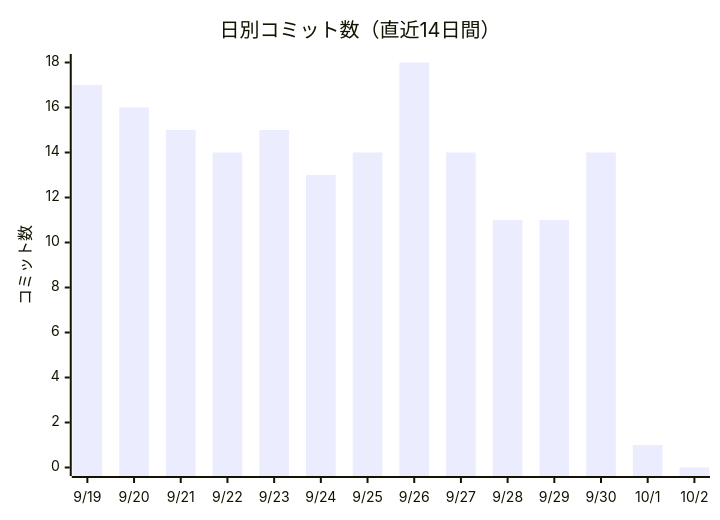
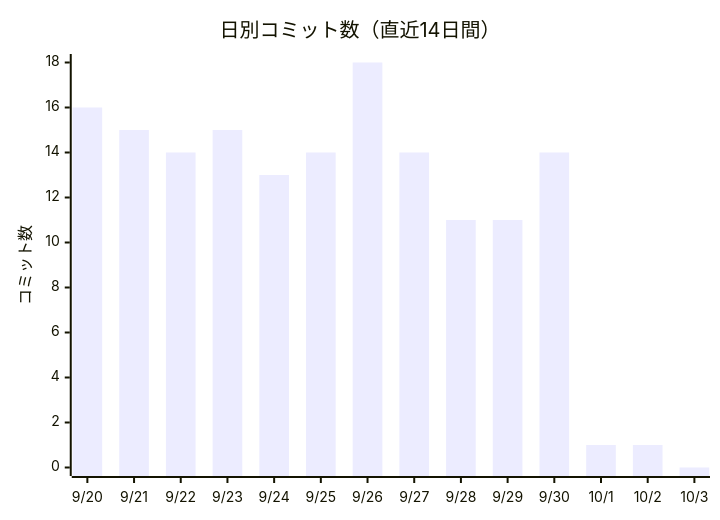
One commit to non-x2/non-x2 changed the first of 2 diagrams in docs/進化レポート.md. Above: the diagram before and after it, drawn with Mermaid. The commit also changed other lines of this file and 2 other files, not shown here.

````diff
--- a/docs/進化レポート.md
+++ b/docs/進化レポート.md
@@ -23,7 +23,7 @@
 ```mermaid
 xychart-beta
     title "日別コミット数（直近14日間）"
-    x-axis ["9/19", "9/20", "9/21", "9/22", "9/23", "9/24", "9/25", "9/26", "9/27", "9/28", "9/29", "9/30", "10/1", "10/2"]
+    x-axis ["9/20", "9/21", "9/22", "9/23", "9/24", "9/25", "9/26", "9/27", "9/28", "9/29", "9/30", "10/1", "10/2", "10/3"]
     y-axis "コミット数"
-    bar [17, 16, 15, 14, 15, 13, 14, 18, 14, 11, 11, 14, 1, 0]
+    bar [16, 15, 14, 15, 13, 14, 18, 14, 11, 11, 14, 1, 1, 0]
 ```
````
